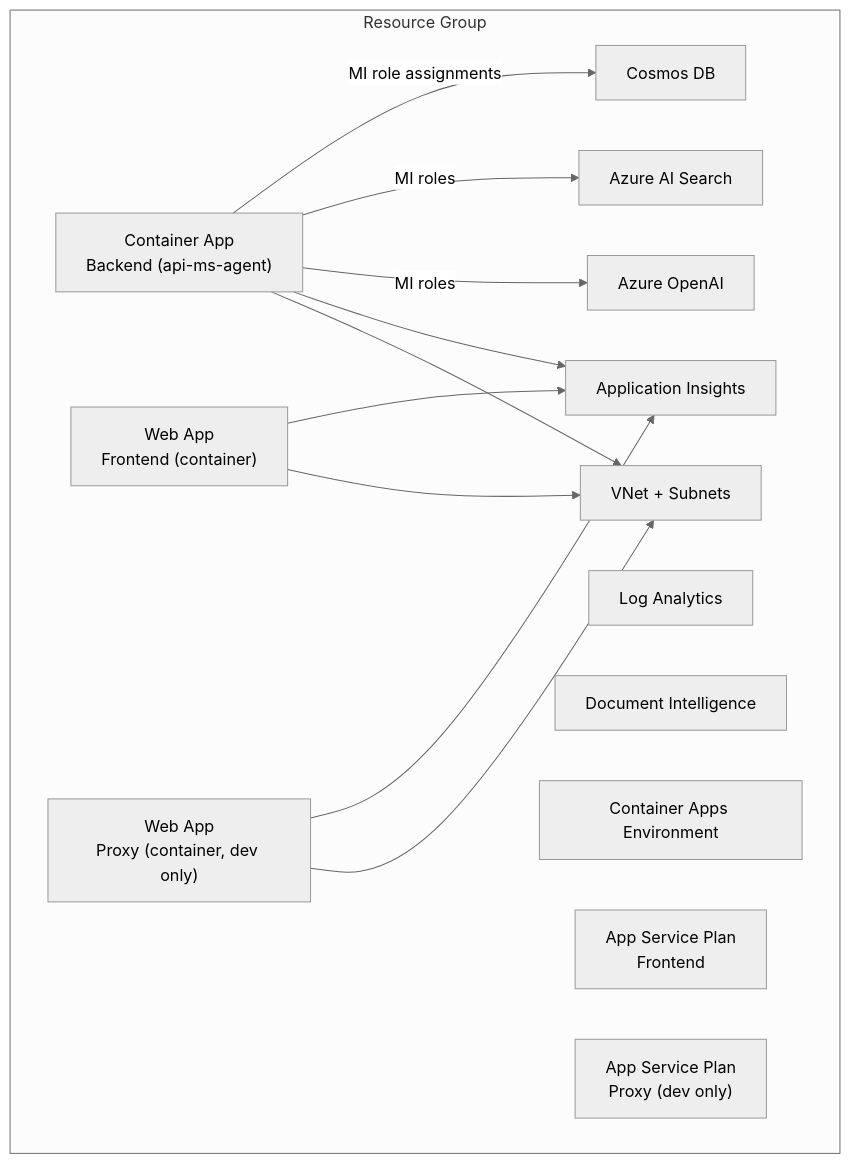
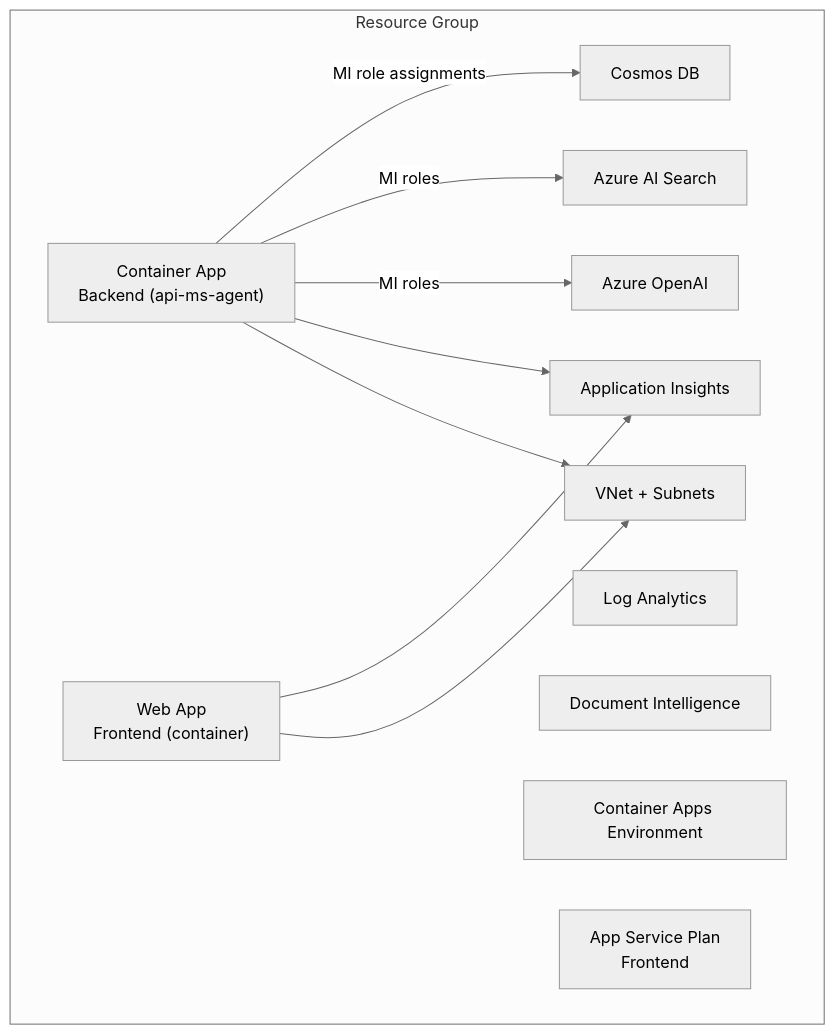
The seventh of 7 diagrams in docs/ARCHITECTURE_DEMO.md (bcgov/azure-ai-poc), drawn with Mermaid (neutral theme) before and after one commit. The commit also changed other lines of this file and 1 other file, not shown here.

````diff
--- a/docs/ARCHITECTURE_DEMO.md
+++ b/docs/ARCHITECTURE_DEMO.md
@@ -273,34 +281,29 @@
 ```mermaid
 flowchart TB
   subgraph RG[Resource Group]
     VNET["VNet + Subnets"]
     LA["Log Analytics"]
     AI["Application Insights"]
 
     COS["Cosmos DB"]
     SRCH["Azure AI Search"]
     OAI["Azure OpenAI"]
     DI["Document Intelligence"]
 
     CAE["Container Apps Environment"]
     CA1["Container App<br/>Backend (api-ms-agent)"]
 
     ASP2["App Service Plan<br/>Frontend"]
     APP2["Web App<br/>Frontend (container)"]
-
-    ASP3["App Service Plan<br/>Proxy (dev only)"]
-    APP3["Web App<br/>Proxy (container, dev only)"]
   end
 
   CA1 -->|MI role assignments| COS
   CA1 -->|MI roles| SRCH
   CA1 -->|MI roles| OAI
 
   CA1 --> AI
   APP2 --> AI
-  APP3 --> AI
 
   CA1 --> VNET
   APP2 --> VNET
-  APP3 --> VNET
 ```
````
